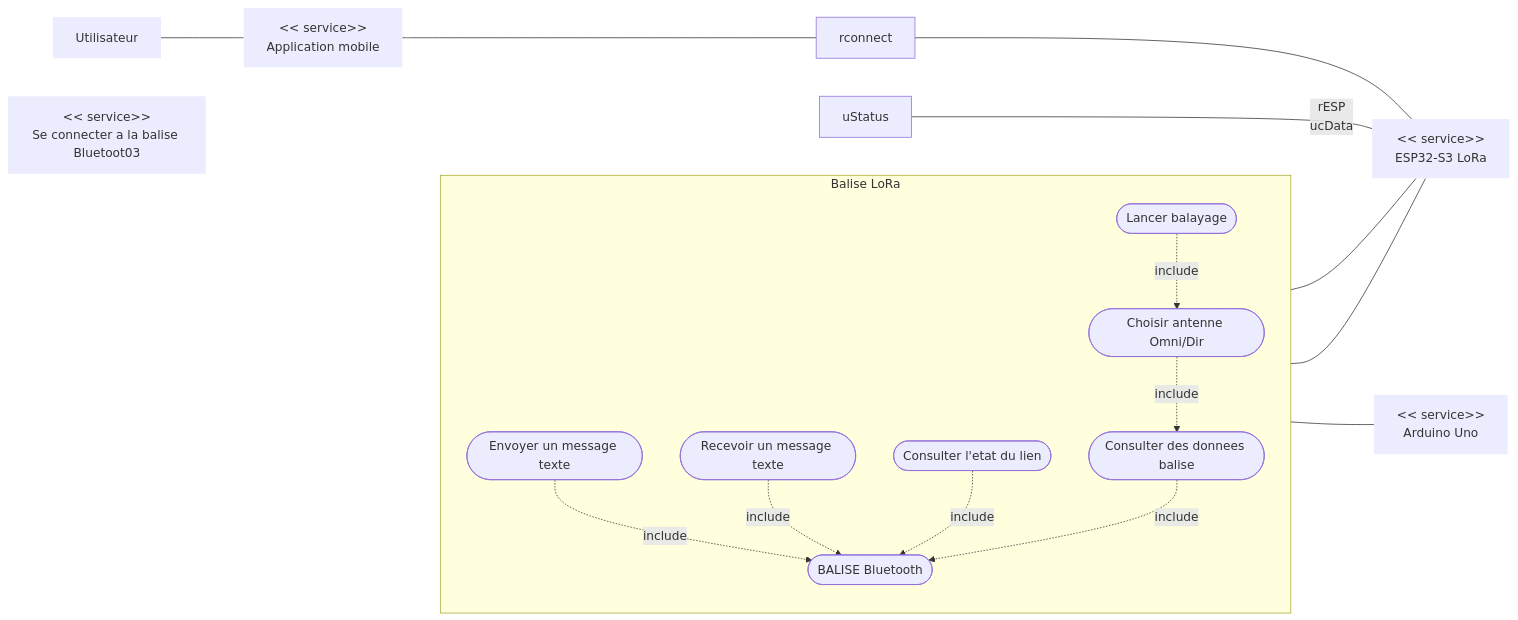
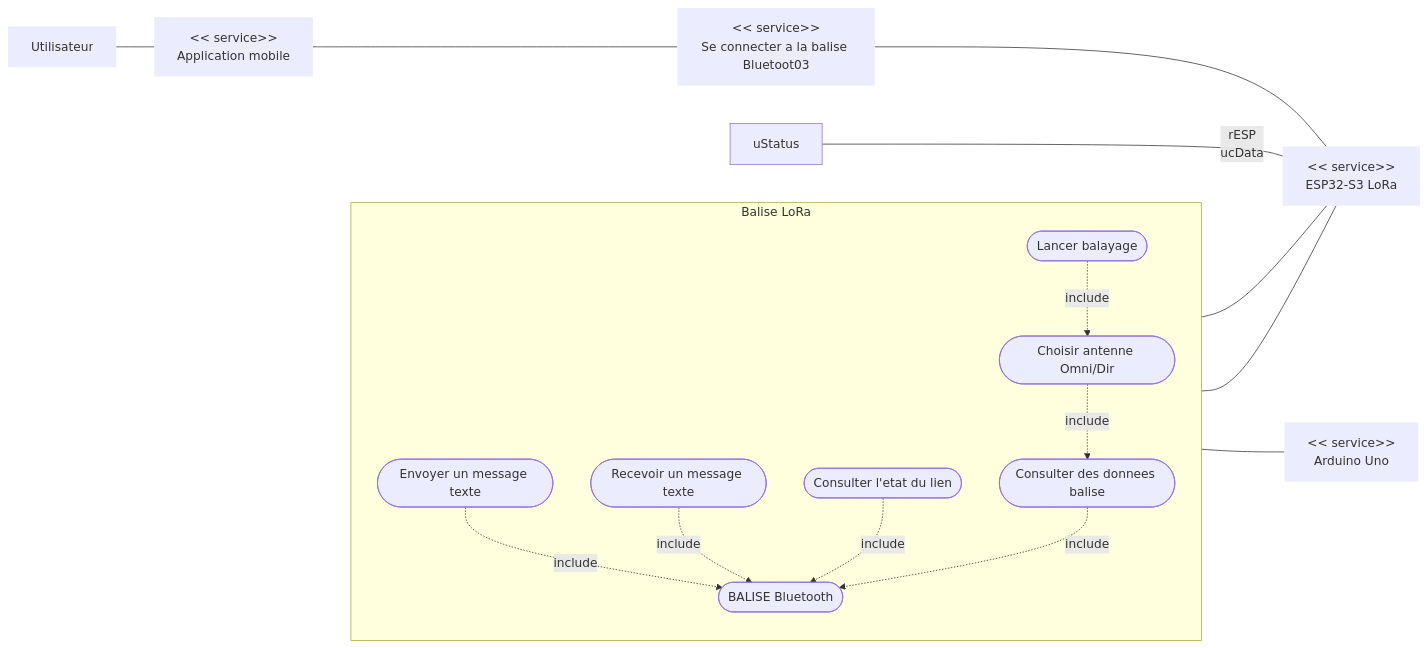
The first of 7 diagrams in Diagrammes_SysML_Projet_LoRa.md (SHU445/Projet-LoRa-72h), drawn with Mermaid before and after one commit.

Commit message:
"CorrectUseCase2.9lapute"

````diff
--- a/Diagrammes_SysML_Projet_LoRa.md
+++ b/Diagrammes_SysML_Projet_LoRa.md
@@ -12,40 +12,40 @@
 ```mermaid
 flowchart LR
   rU["Utilisateur"]:::role
   rAPP["<< service>>\nApplication mobile"]:::role
   rESP["<< service>>\nESP32-S3 LoRa"]:::role
   rARD["<< service>>\nArduino Uno"]:::role
-  rConnect["<< service>>\nSe connecter a la balise Bluetoot03"]:::role
+  rCONN["<< service>>\nSe connecter a la balise Bluetoot03"]:::role
 
   subgraph S["Balise LoRa"]
     direction TB
     uCo([BALISE Bluetooth])
     ucSend([Envoyer un message texte])
     ucReceive([Recevoir un message texte])
     ucStatus([Consulter l'etat du lien])
     ucData([Consulter des donnees balise])
     ucSelectAntenna([Choisir antenne Omni/Dir])
     ucScan([Lancer balayage])
 
     ucSend -. include .-> uCo
     ucReceive -. include .-> uCo
     ucStatus -. include .-> uCo
     ucData -. include .-> uCo
     ucSelectAntenna -. include .-> ucData
     ucScan -. include .-> ucSelectAntenna
   end
 
   rU --- rAPP
-  rAPP --- rconnect
-  rconnect --- rESP
+  rAPP --- rCONN
+  rCONN --- rESP
 
   ucSend --- rESP
   uStatus --rESP
   ucData --- rESP
   ucSelectAntenna --- rESP
 
 
   ucScan --- rARD
 
   classDef role stroke-width:0px;
 ```
````
